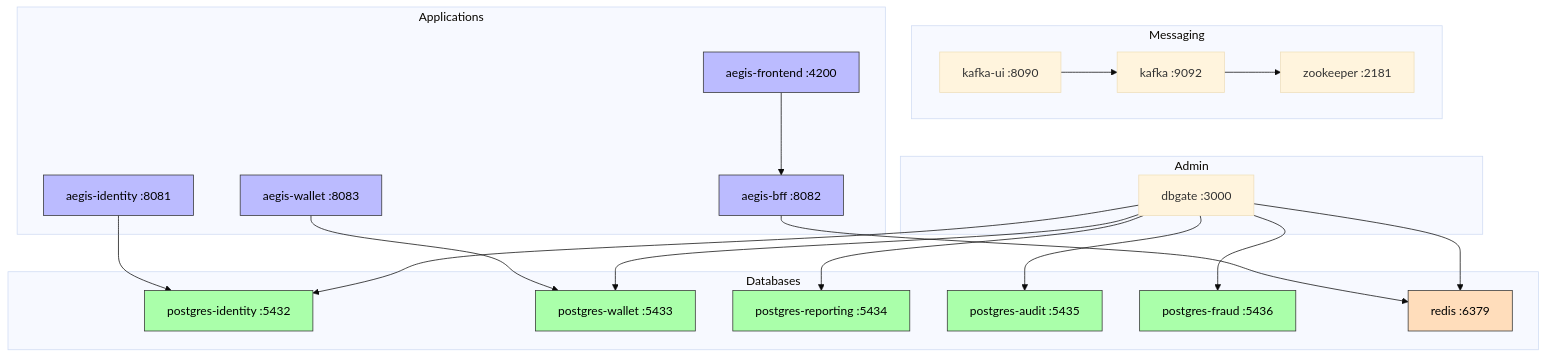
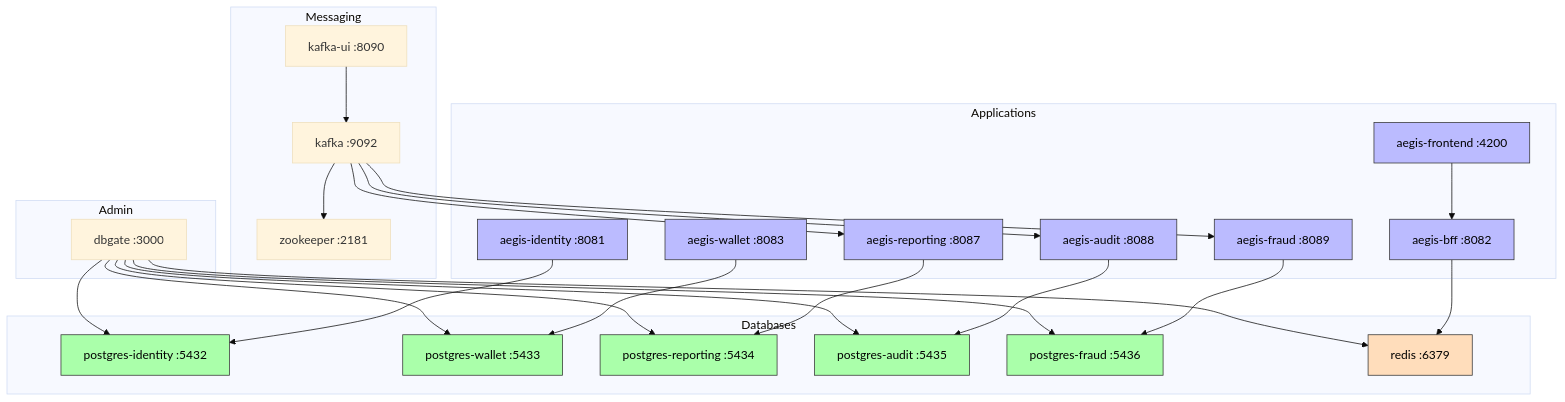
One commit to AlexAlvarezGallardo-GitHub/Aegis changed the diagram in docs/obsidian/05 - Infrastructure/Docker Services.md. Above: the diagram before and after it, drawn with Mermaid (base theme). The commit also changed other lines of this file and 3 other files, not shown here.

````diff
--- a/docs/obsidian/05 - Infrastructure/Docker Services.md
+++ b/docs/obsidian/05 - Infrastructure/Docker Services.md
@@ -11,42 +11,54 @@
 ```mermaid
 graph TB
     subgraph "Databases"
         PG_I["postgres-identity :5432"]
         PG_W["postgres-wallet :5433"]
         PG_R["postgres-reporting :5434"]
         PG_A["postgres-audit :5435"]
         PG_F["postgres-fraud :5436"]
         Redis["redis :6379"]
     end
     subgraph "Messaging"
         ZK["zookeeper :2181"]
         Kafka["kafka :9092"]
         KUI["kafka-ui :8090"]
     end
     subgraph "Applications"
         Identity["aegis-identity :8081"]
         Wallet["aegis-wallet :8083"]
         BFF["aegis-bff :8082"]
+        Reporting["aegis-reporting :8087"]
+        Audit["aegis-audit :8088"]
+        Fraud["aegis-fraud :8089"]
         Frontend["aegis-frontend :4200"]
     end
     subgraph "Admin"
         DbGate["dbgate :3000"]
     end
     Identity --> PG_I
     Wallet --> PG_W
+    Reporting --> PG_R
+    Audit --> PG_A
+    Fraud --> PG_F
     BFF --> Redis
     Frontend --> BFF
     Kafka --> ZK
     KUI --> Kafka
+    Kafka --> Reporting
+    Kafka --> Audit
+    Kafka --> Fraud
     DbGate --> PG_I & PG_W & PG_R & PG_A & PG_F & Redis
     style PG_I fill:#afa,stroke:#333,color:#000
     style PG_W fill:#afa,stroke:#333,color:#000
     style PG_R fill:#afa,stroke:#333,color:#000
     style PG_A fill:#afa,stroke:#333,color:#000
     style PG_F fill:#afa,stroke:#333,color:#000
     style Redis fill:#fdb,stroke:#333,color:#000
     style Identity fill:#bbf,stroke:#333,color:#000
     style Wallet fill:#bbf,stroke:#333,color:#000
     style BFF fill:#bbf,stroke:#333,color:#000
+    style Reporting fill:#bbf,stroke:#333,color:#000
+    style Audit fill:#bbf,stroke:#333,color:#000
+    style Fraud fill:#bbf,stroke:#333,color:#000
     style Frontend fill:#bbf,stroke:#333,color:#000
 ```
````
